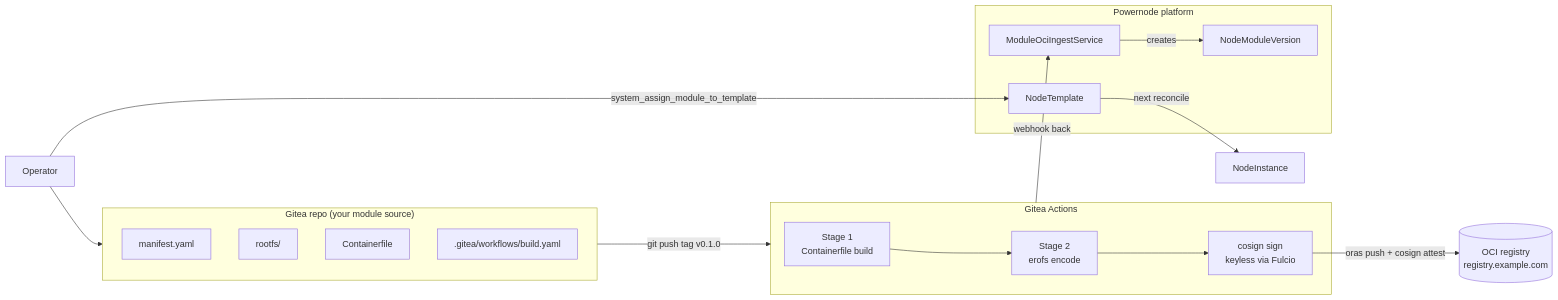
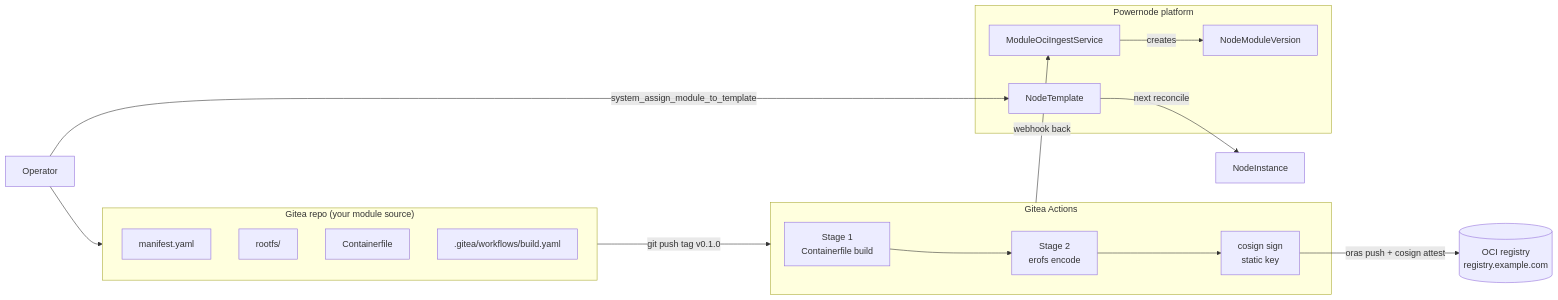
One commit to nodealchemy/powernode-system changed the diagram in docs/tutorials/02-first-module.md. Above: the diagram before and after it, drawn with Mermaid. The commit also changed other lines of this file and 2 other files, not shown here.

First line of the commit message:
fix(docs): IMP-dccab83db4ac module-authoring docs described stale keyless/Fulcio cosign signing

````diff
--- a/docs/tutorials/02-first-module.md
+++ b/docs/tutorials/02-first-module.md
@@ -15,31 +15,31 @@
 ```mermaid
 flowchart LR
     Op[Operator]
     subgraph Repo["Gitea repo (your module source)"]
         Mf[manifest.yaml]
         Rfs[rootfs/]
         Cf[Containerfile]
         Wf[.gitea/workflows/build.yaml]
     end
     subgraph CI["Gitea Actions"]
         Build[Stage 1<br/>Containerfile build]
         Compose[Stage 2<br/>erofs encode]
-        Sign[cosign sign<br/>keyless via Fulcio]
+        Sign[cosign sign<br/>static key]
     end
     Reg[(OCI registry<br/>registry.example.com)]
     subgraph Plat["Powernode platform"]
         Ingest[ModuleOciIngestService]
         Ver[NodeModuleVersion]
         Tpl[NodeTemplate]
     end
     VM[NodeInstance]
 
     Op --> Repo
     Repo -- "git push tag v0.1.0" --> CI
     Build --> Compose --> Sign
     Sign -- "oras push + cosign attest" --> Reg
     CI -- "webhook back" --> Ingest
     Ingest -- "creates" --> Ver
     Op -- "system_assign_module_to_template" --> Tpl
     Tpl -- "next reconcile" --> VM
 ```
````
